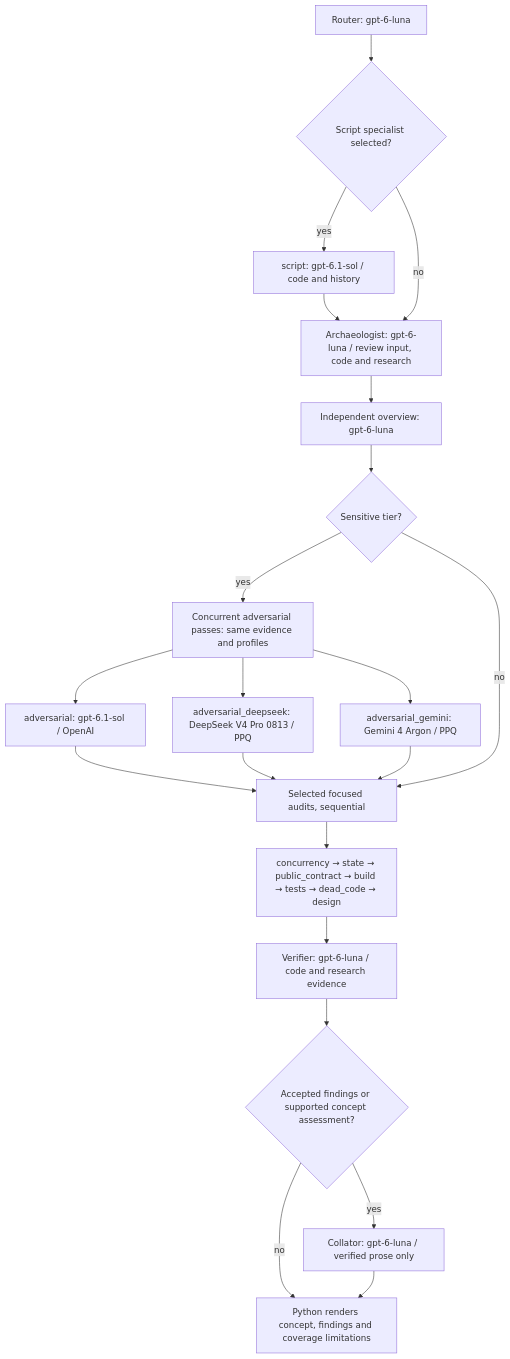
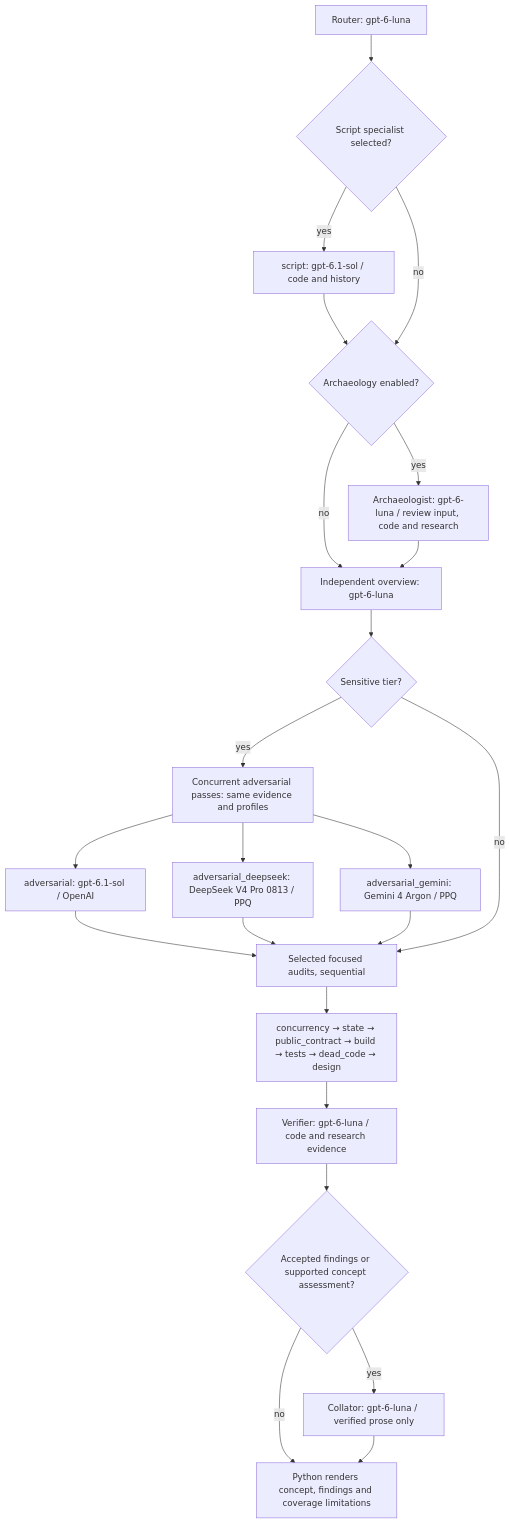
The second of 3 diagrams in pkgs/ralph/README.md (willcl-ark/nix), drawn with Mermaid before and after one commit. The commit also changed other lines of this file and 5 other files, not shown here.

````diff
--- a/pkgs/ralph/README.md
+++ b/pkgs/ralph/README.md
@@ -183,23 +201,25 @@
 ```mermaid
 flowchart TD
     route["Router: gpt-6-luna"] --> script{"Script specialist selected?"}
     script -->|yes| expert["script: gpt-6.1-sol / code and history"]
-    expert --> archaeology["Archaeologist: gpt-6-luna / review input, code and research"]
-    script -->|no| archaeology
-    archaeology --> independent["Independent overview: gpt-6-luna"]
+    expert --> history{"Archaeology enabled?"}
+    script -->|no| history
+    history -->|yes| archaeology["Archaeologist: gpt-6-luna / review input, code and research"]
+    history -->|no| independent["Independent overview: gpt-6-luna"]
+    archaeology --> independent
     independent --> sensitive{"Sensitive tier?"}
     sensitive -->|yes| pair["Concurrent adversarial passes: same evidence and profiles"]
     pair --> sol["adversarial: gpt-6.1-sol / OpenAI"]
     pair --> deepseek["adversarial_deepseek: DeepSeek V4 Pro 0813 / PPQ"]
     pair --> gemini["adversarial_gemini: Gemini 4 Argon / PPQ"]
     sol --> focused["Selected focused audits, sequential"]
     deepseek --> focused
     gemini --> focused
     sensitive -->|no| focused
     focused --> order["concurrency → state → public_contract → build → tests → dead_code → design"]
     order --> verifier["Verifier: gpt-6-luna / code and research evidence"]
     verifier --> accepted{"Accepted findings or supported concept assessment?"}
     accepted -->|yes| collator["Collator: gpt-6-luna / verified prose only"]
     accepted -->|no| render["Python renders concept, findings and coverage limitations"]
     collator --> render
 ```
````
